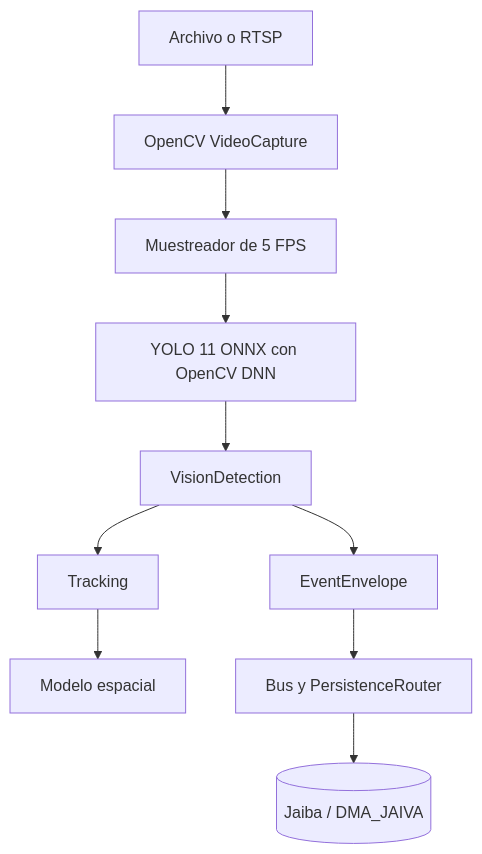
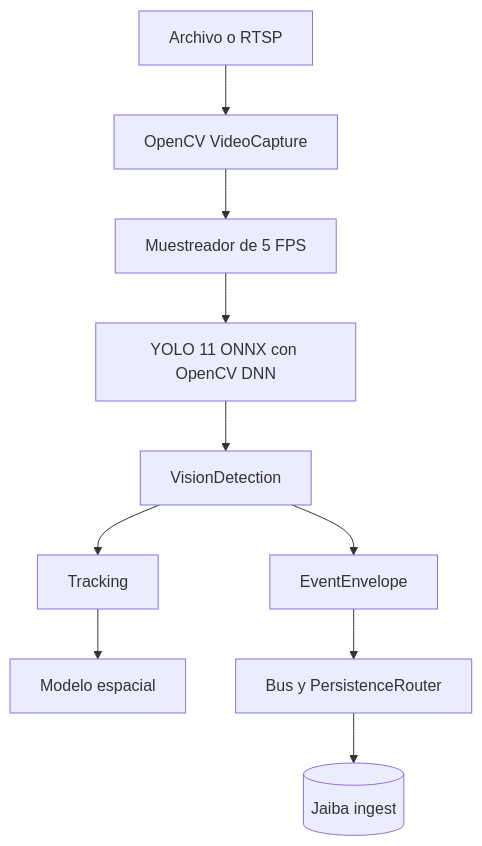
One commit to dfr2098/broder changed the diagram in docs/README.md. Above: the diagram before and after it, drawn with Mermaid. The commit also changed other lines of this file and 17 other files, not shown here.

First line of the commit message:
Reconcile Broder docs with Jaiba/DMA_JAIVA architecture brief.

````diff
--- a/docs/README.md
+++ b/docs/README.md
@@ -27,12 +29,12 @@
 ```mermaid
 flowchart TD
     SRC[Archivo o RTSP] --> CAP[OpenCV VideoCapture]
     CAP --> SAMPLE[Muestreador de 5 FPS]
     SAMPLE --> YOLO[YOLO 11 ONNX con OpenCV DNN]
     YOLO --> DET[VisionDetection]
     DET --> TRACK[Tracking]
     TRACK --> SPATIAL[Modelo espacial]
     DET --> EVENT[EventEnvelope]
     EVENT --> BUS[Bus y PersistenceRouter]
-    BUS --> JB[(Jaiba / DMA_JAIVA)]
+    BUS --> JB[(Jaiba ingest)]
 ```
````
